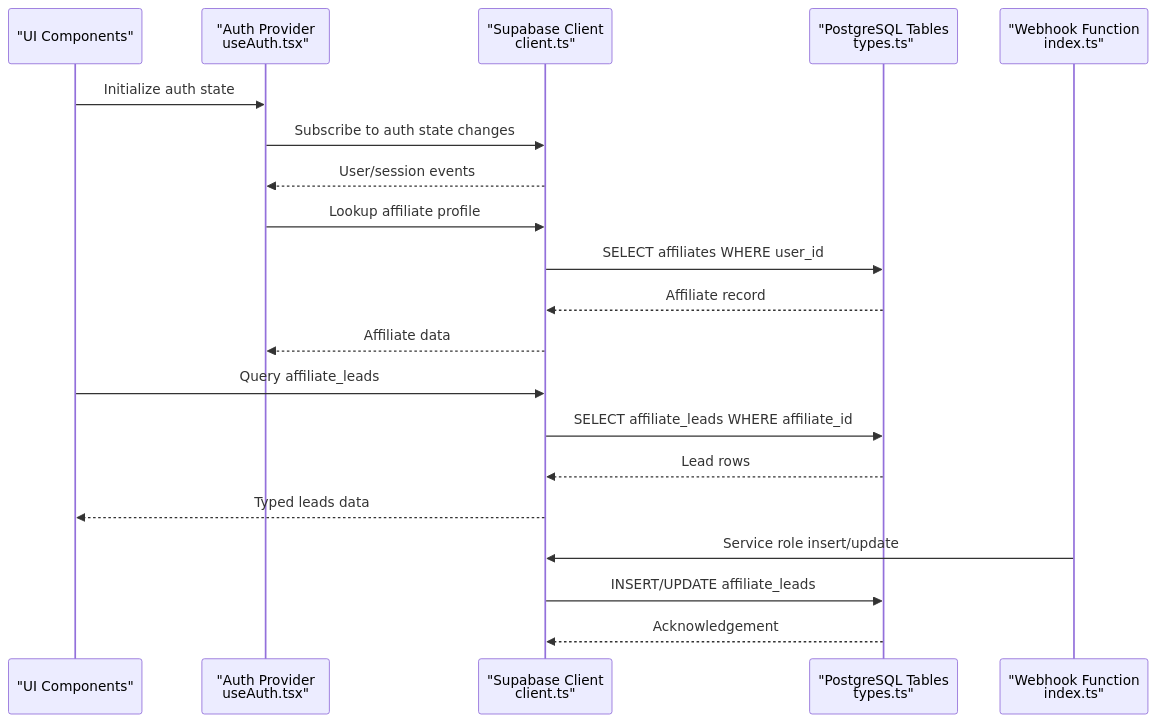
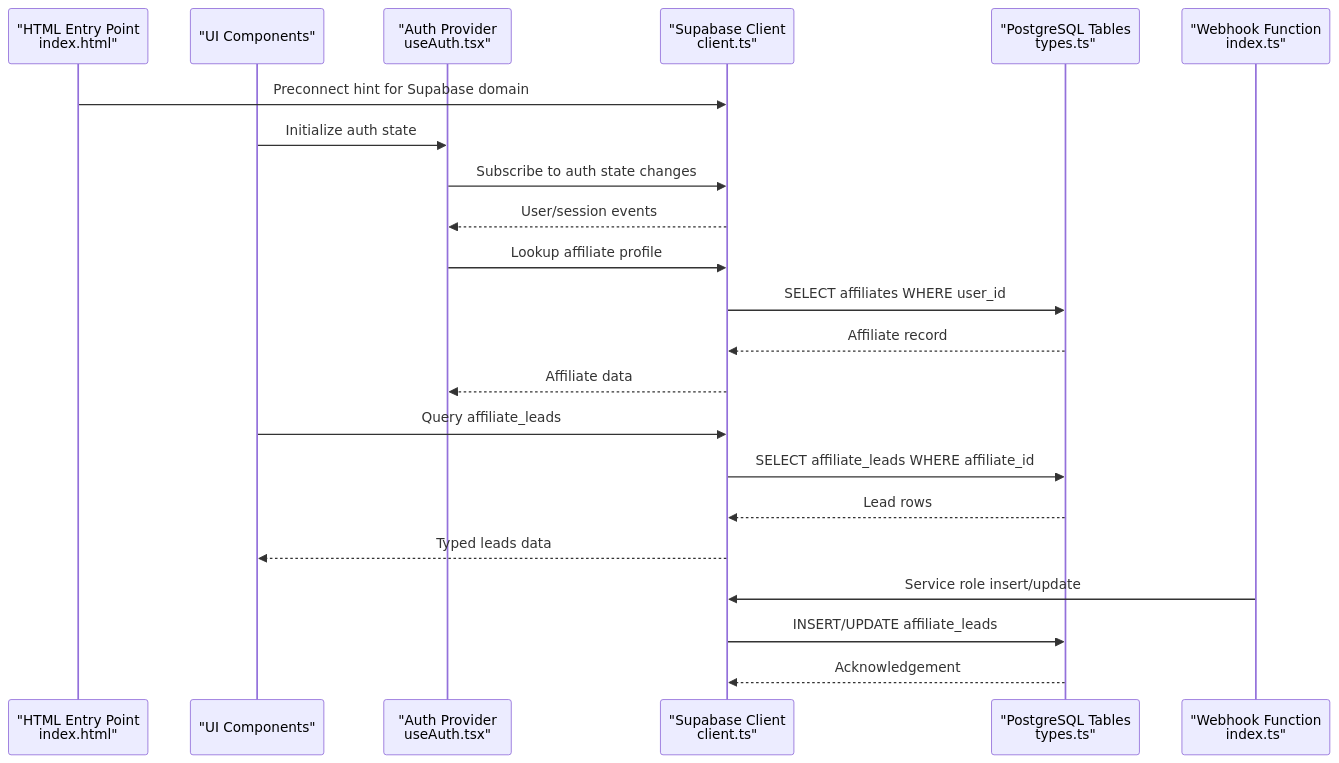
Before and after one commit to Hawky1/ryland: the second of 7 diagrams in .qoder/repowiki/en/content/Data Layer & Supabase Integration.md, drawn with Mermaid. The commit also changed other lines of this file and 7 other files, not shown here.

````diff
--- a/.qoder/repowiki/en/content/Data Layer & Supabase Integration.md
+++ b/.qoder/repowiki/en/content/Data Layer & Supabase Integration.md
@@ -106,22 +120,24 @@
 ```mermaid
 sequenceDiagram
+participant HTML as "HTML Entry Point<br/>index.html"
 participant UI as "UI Components"
 participant Auth as "Auth Provider<br/>useAuth.tsx"
 participant Client as "Supabase Client<br/>client.ts"
 participant DB as "PostgreSQL Tables<br/>types.ts"
 participant Func as "Webhook Function<br/>index.ts"
+HTML->>Client : Preconnect hint for Supabase domain
 UI->>Auth : Initialize auth state
 Auth->>Client : Subscribe to auth state changes
 Client-->>Auth : User/session events
 Auth->>Client : Lookup affiliate profile
 Client->>DB : SELECT affiliates WHERE user_id
 DB-->>Client : Affiliate record
 Client-->>Auth : Affiliate data
 UI->>Client : Query affiliate_leads
 Client->>DB : SELECT affiliate_leads WHERE affiliate_id
 DB-->>Client : Lead rows
 Client-->>UI : Typed leads data
 Func->>Client : Service role insert/update
 Client->>DB : INSERT/UPDATE affiliate_leads
 DB-->>Client : Acknowledgement
 ```
````
